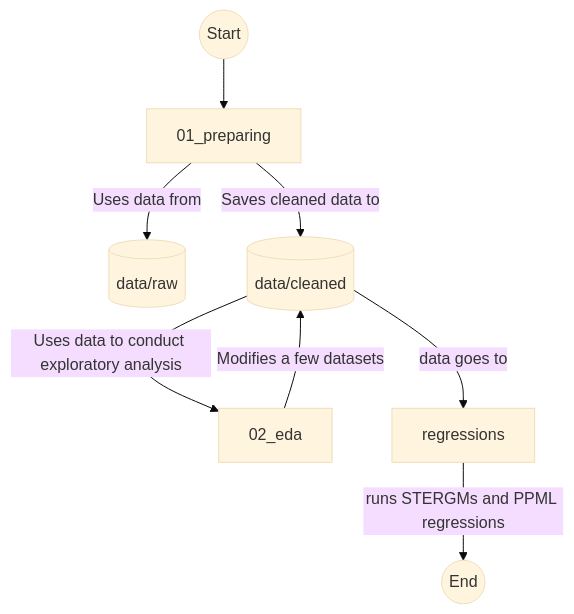
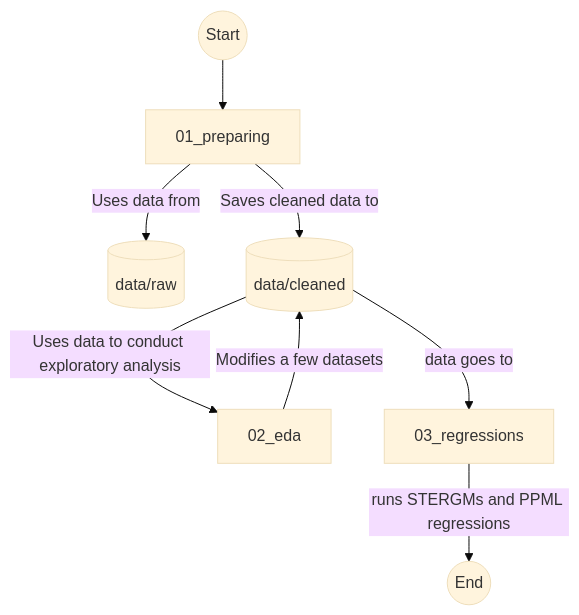
One commit to TAD600/Global_Cultural_Trade_Network changed the diagram in README.md. Above: the diagram before and after it, drawn with Mermaid (base theme).

````diff
--- a/README.md
+++ b/README.md
@@ -4,10 +4,10 @@
 ```mermaid
 flowchart TD
     A((Start)) --> B[01_preparing]
     B -->|Uses data from| C[(data/raw)]
     B -->|Saves cleaned data to| D[(data/cleaned)]
     D --> |Uses data to conduct exploratory analysis|E[02_eda]
     E -->|Modifies a few datasets| D
-    D --> |data goes to|F[regressions]
+    D --> |data goes to|F[03_regressions]
     F -->|runs STERGMs and PPML regressions|H((End))
 ```
````
